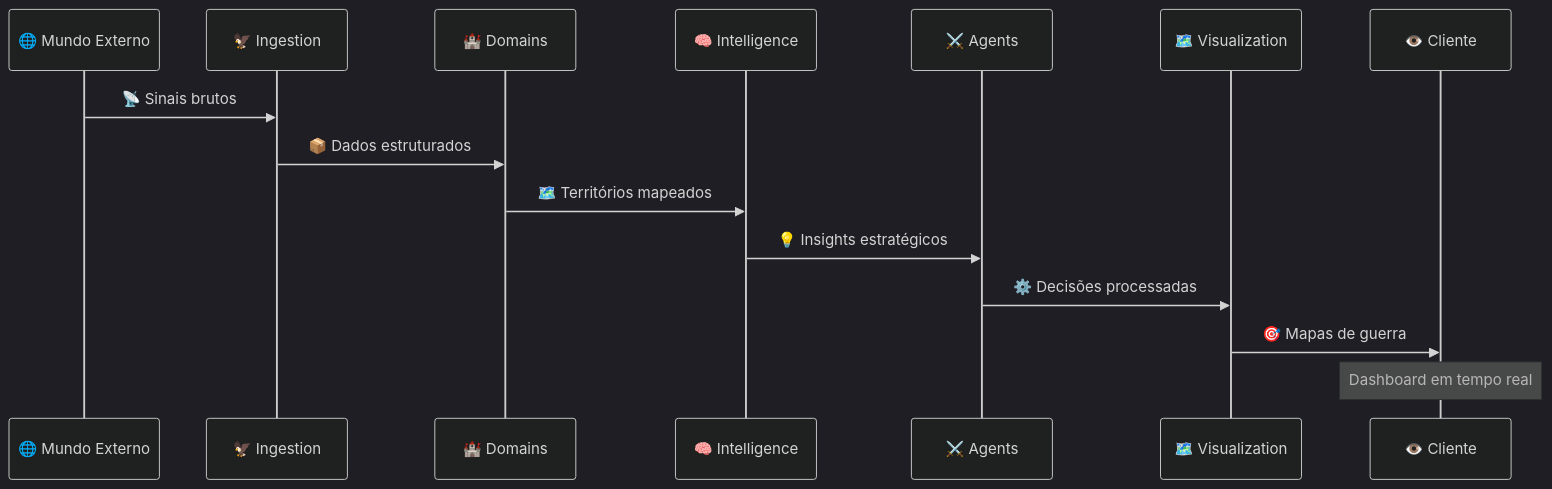
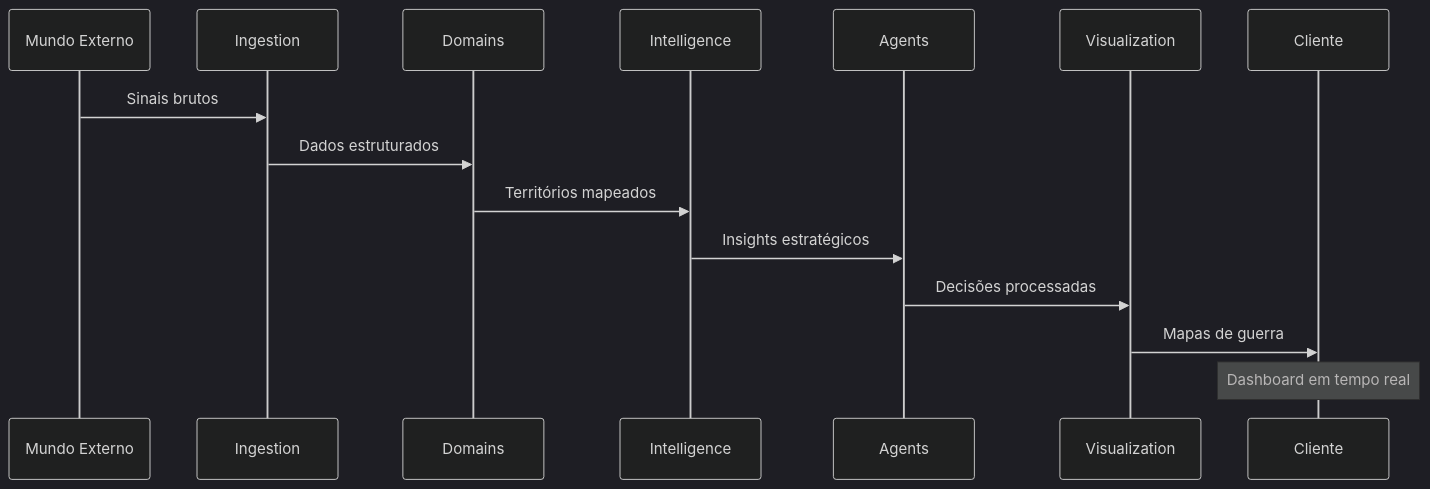
One commit to neomello/punk-ecosistemas-dados changed the second of 7 diagrams in docs/ECOSYSTEM-DIAGRAM.md. Above: the diagram before and after it, drawn with Mermaid. The commit also changed other lines of this file and 14 other files, not shown here.

````diff
--- a/docs/ECOSYSTEM-DIAGRAM.md
+++ b/docs/ECOSYSTEM-DIAGRAM.md
@@ -97,21 +97,21 @@
 ```mermaid
 %%{init: {'sequenceDiagram': {'mirrorActors': false}, 'theme': 'dark', 'themeVariables': { 'primaryColor': '#FF6B00', 'primaryTextColor': '#000', 'primaryBorderColor': '#000', 'lineColor': '#FF6B00', 'textColor': '#FF6B00'}}}%%
 
 sequenceDiagram
-    participant EXT as 🌐 Mundo Externo
-    participant ING as 🦅 Ingestion
-    participant DOM as 🏰 Domains
-    participant INT as 🧠 Intelligence
-    participant AGT as ⚔️ Agents
-    participant VIZ as 🗺️ Visualization
-    participant CLI as 👁️ Cliente
+    participant EXT as Mundo Externo
+    participant ING as Ingestion
+    participant DOM as Domains
+    participant INT as Intelligence
+    participant AGT as Agents
+    participant VIZ as Visualization
+    participant CLI as Cliente
 
-    EXT->>ING: 📡 Sinais brutos
-    ING->>DOM: 📦 Dados estruturados
-    DOM->>INT: 🗺️ Territórios mapeados
-    INT->>AGT: 💡 Insights estratégicos
-    AGT->>VIZ: ⚙️ Decisões processadas
-    VIZ->>CLI: 🎯 Mapas de guerra
+    EXT->>ING: Sinais brutos
+    ING->>DOM: Dados estruturados
+    DOM->>INT: Territórios mapeados
+    INT->>AGT: Insights estratégicos
+    AGT->>VIZ: Decisões processadas
+    VIZ->>CLI: Mapas de guerra
     
     Note over CLI: Dashboard em tempo real
 ```
````
